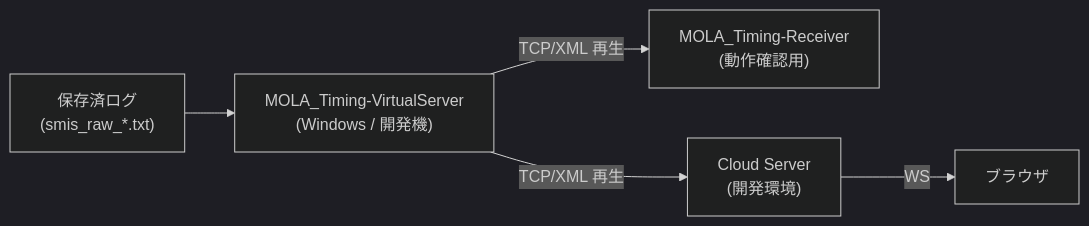
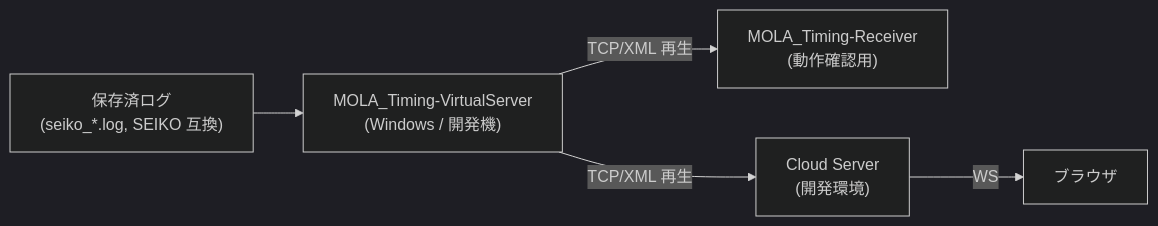
One commit to ryunosuke0809/RFX-LiveTiming-OKAYAMA changed the second of 2 diagrams in docs/plan/開発計画_SMIS_Receiver_VirtualServer.md. Above: the diagram before and after it, drawn with Mermaid (dark theme). The commit also changed other lines of this file and 17 other files, not shown here.

First line of the commit message:
feat(windows): 生 log を SEIKO 互換形式に統一、VirtualServer で seiko_*.log を再生可能に

````diff
--- a/docs/plan/開発計画_SMIS_Receiver_VirtualServer.md
+++ b/docs/plan/開発計画_SMIS_Receiver_VirtualServer.md
@@ -79,7 +79,7 @@
 ```mermaid
 flowchart LR
-  Files["保存済ログ<br/>(smis_raw_*.txt)"] --> VS["MOLA_Timing-VirtualServer<br/>(Windows / 開発機)"]
+  Files["保存済ログ<br/>(seiko_*.log, SEIKO 互換)"] --> VS["MOLA_Timing-VirtualServer<br/>(Windows / 開発機)"]
   VS -->|TCP/XML 再生| Receiver2["MOLA_Timing-Receiver<br/>(動作確認用)"]
   VS -->|TCP/XML 再生| CloudDev["Cloud Server<br/>(開発環境)"]
   CloudDev -->|WS| Browser["ブラウザ"]
 ```
````
